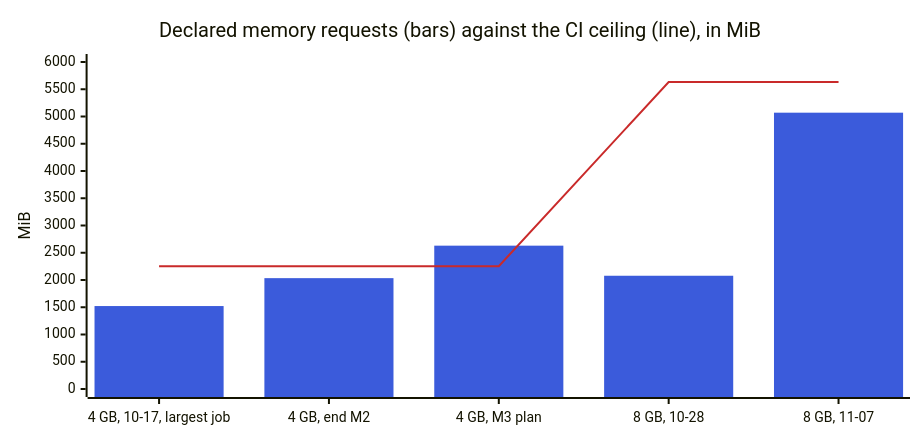
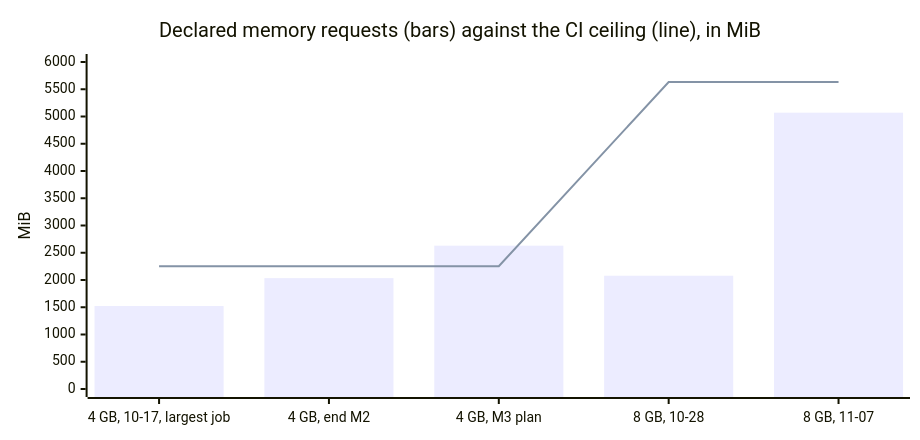
One commit to FilipeFantini/ofantini.com changed the diagram in src/content/diagrams/infrastructure-memory-budget.mmd. Above: the diagram before and after it, drawn with Mermaid. The commit also changed 17 other files, not shown here.

First line of the commit message:
style(diagrams): the site's palette, on a transparent background

```diff
--- a/src/content/diagrams/infrastructure-memory-budget.mmd
+++ b/src/content/diagrams/infrastructure-memory-budget.mmd
@@ -1,15 +1,12 @@
 ---
 config:
-  themeVariables:
-    xyChart:
-      plotColorPalette: "#3b5bdb, #c92a2a"
   xyChart:
     width: 900
     height: 420
 ---
 xychart-beta
     title "Declared memory requests (bars) against the CI ceiling (line), in MiB"
     x-axis ["4 GB, 10-17, largest job", "4 GB, end M2", "4 GB, M3 plan", "8 GB, 10-28", "8 GB, 11-07"]
     y-axis "MiB" 0 --> 6000
     bar [1522, 2034, 2630, 2078, 5070]
     line [2253, 2253, 2253, 5632, 5632]
```
